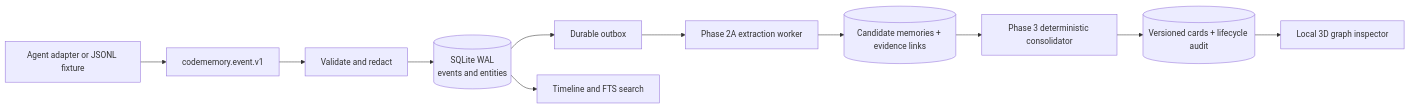
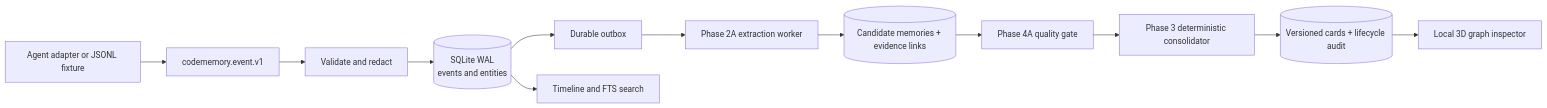
One commit to sixsixla/codeSementicMemory changed the diagram in README.md. Above: the diagram before and after it, drawn with Mermaid. The commit also changed other lines of this file and 26 other files, not shown here.

````diff
--- a/README.md
+++ b/README.md
@@ -50,13 +67,14 @@
 ```mermaid
 flowchart LR
     A[Agent adapter or JSONL fixture] --> B[codememory.event.v1]
     B --> C[Validate and redact]
     C --> D[(SQLite WAL<br/>events and entities)]
     D --> E[Durable outbox]
     D --> F[Timeline and FTS search]
     E --> G[Phase 2A extraction worker]
     G --> H[(Candidate memories + evidence links)]
-    H --> I[Phase 3 deterministic consolidator]
-    I --> J[(Versioned cards + lifecycle audit)]
-    J --> K[Local 3D graph inspector]
+    H --> I[Phase 4A quality gate]
+    I --> J[Phase 3 deterministic consolidator]
+    J --> K[(Versioned cards + lifecycle audit)]
+    K --> L[Local 3D graph inspector]
 ```
````
